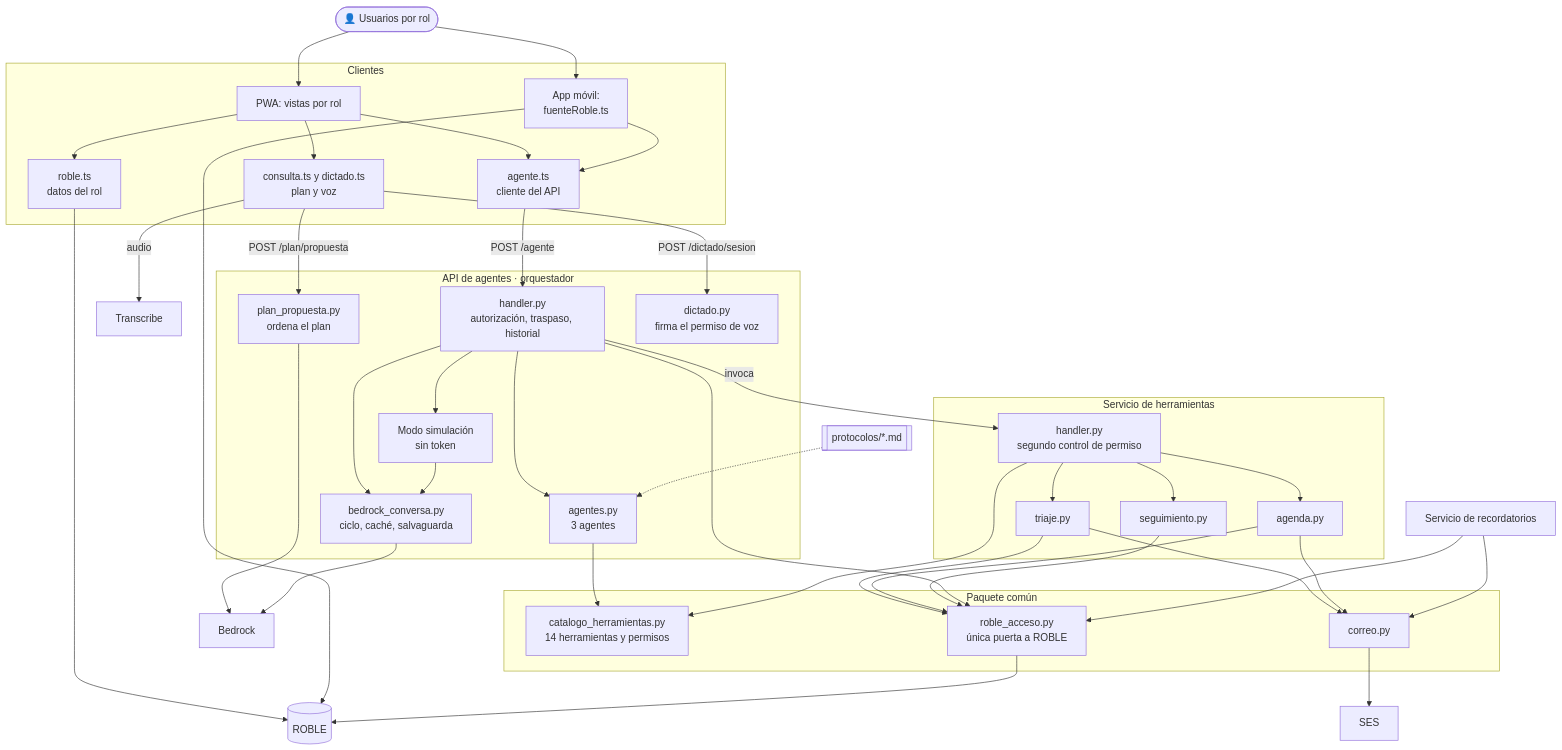
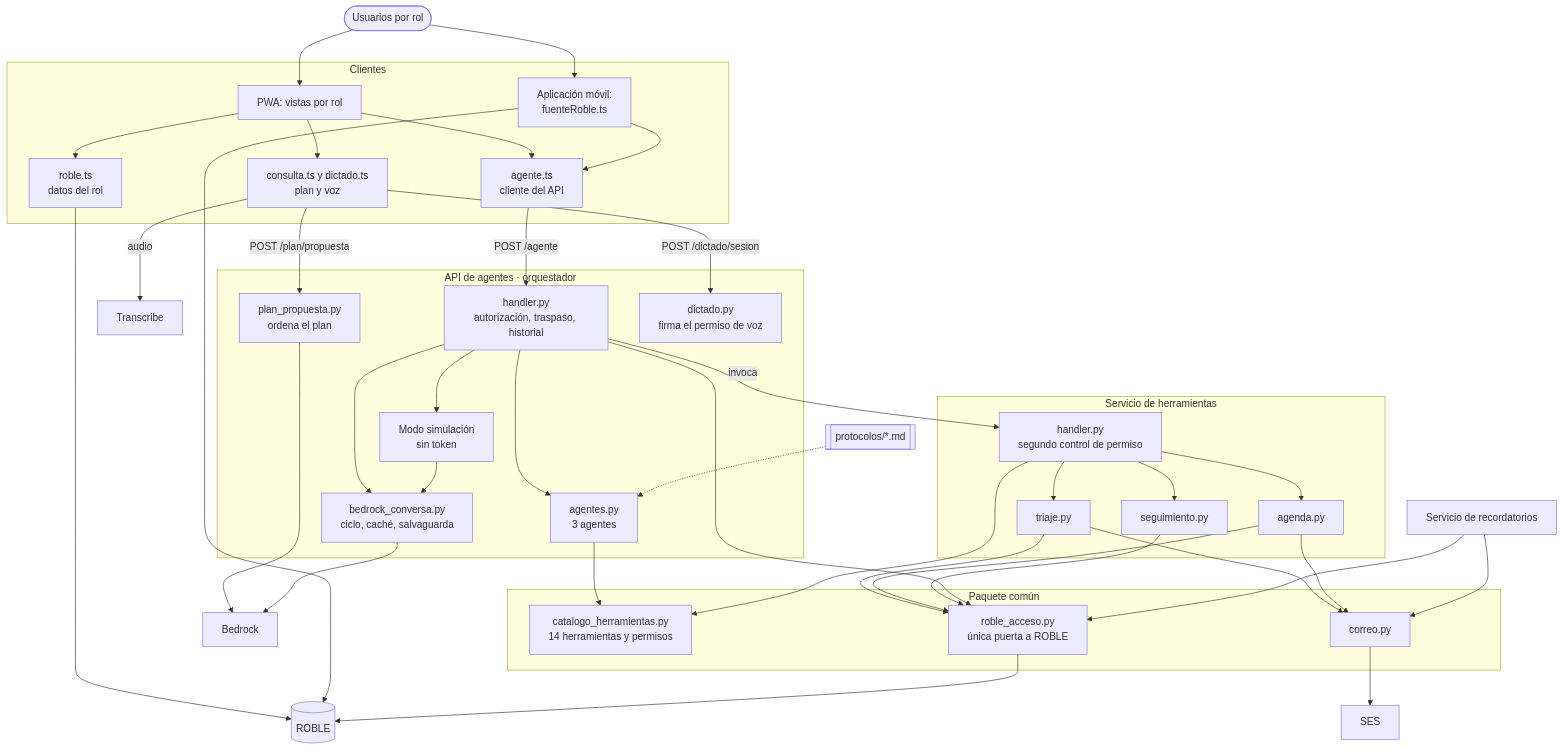
One commit to Ksruiz22/PF-202630-CareSync changed the third of 8 diagrams in InformeFinal.md. Above: the diagram before and after it, drawn with Mermaid. The commit also changed other lines of this file, not shown here.

````diff
--- a/InformeFinal.md
+++ b/InformeFinal.md
@@ -656,78 +708,78 @@
 ```mermaid
 flowchart TB
-    U(["👤 Usuarios por rol"])
+    U(["Usuarios por rol"])
 
     subgraph CLI["Clientes"]
         V["PWA: vistas por rol"]
         AG["agente.ts<br/>cliente del API"]
         CON["consulta.ts y dictado.ts<br/>plan y voz"]
         RB["roble.ts<br/>datos del rol"]
-        MOV["App móvil:<br/>fuenteRoble.ts"]
+        MOV["Aplicación móvil:<br/>fuenteRoble.ts"]
     end
 
     subgraph ORQ["API de agentes · orquestador"]
         H["handler.py<br/>autorización, traspaso, historial"]
         SIM["Modo simulación<br/>sin token"]
         AGT["agentes.py<br/>3 agentes"]
         BC["bedrock_conversa.py<br/>ciclo, caché, salvaguarda"]
         PP["plan_propuesta.py<br/>ordena el plan"]
         DIC["dictado.py<br/>firma el permiso de voz"]
     end
 
     subgraph COM["Paquete común"]
         CAT["catalogo_herramientas.py<br/>14 herramientas y permisos"]
         RAC["roble_acceso.py<br/>única puerta a ROBLE"]
         COR["correo.py"]
     end
 
     subgraph HER["Servicio de herramientas"]
         HH["handler.py<br/>segundo control de permiso"]
         TRI["triaje.py"]
         AGD["agenda.py"]
         SEG["seguimiento.py"]
     end
 
     RECL["Servicio de recordatorios"]
     PROT[["protocolos/*.md"]]
 
     RD[("ROBLE")]
     BR["Bedrock"]
     TS["Transcribe"]
     SES["SES"]
 
     U --> V
     U --> MOV
     V --> AG
     V --> CON
     V --> RB
     RB --> RD
     MOV --> RD
     MOV --> AG
     AG -->|POST /agente| H
     CON -->|POST /plan/propuesta| PP
     CON -->|POST /dictado/sesion| DIC
     CON -->|audio| TS
     PP --> BR
     H --> SIM
     H --> AGT
     AGT --> CAT
     PROT -.-> AGT
     H --> BC
     SIM --> BC
     BC --> BR
     H -->|invoca| HH
     HH --> CAT
     HH --> TRI
     HH --> AGD
     HH --> SEG
     TRI --> RAC
     AGD --> RAC
     SEG --> RAC
     H --> RAC
     RAC --> RD
     TRI --> COR
     AGD --> COR
     RECL --> RAC
     RECL --> COR
     COR --> SES
 ```
````
